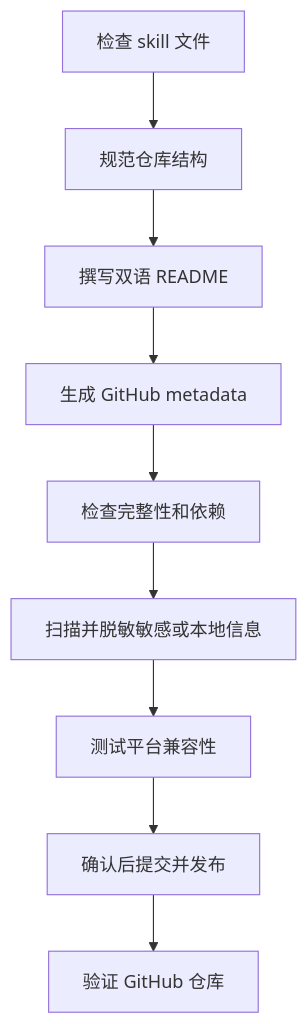
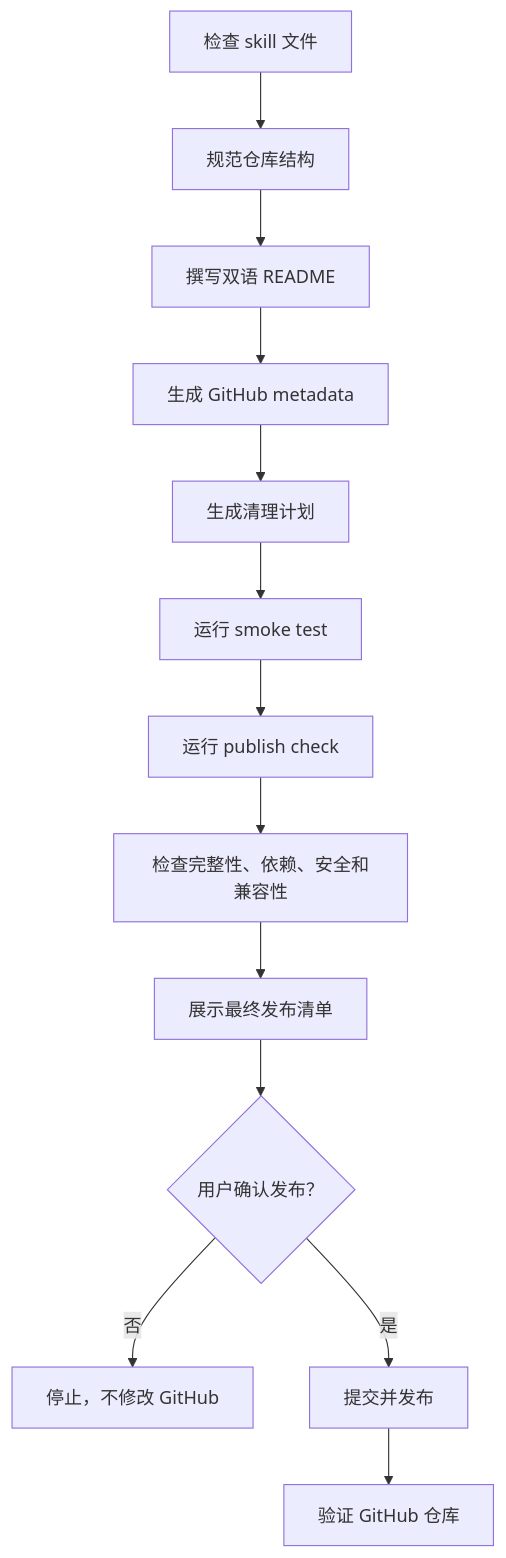
The diagram in README.zh.md (chemny/GitHub-skill-publisher), drawn with Mermaid before and after one commit. The commit also changed other lines of this file and 13 other files, not shown here.

````diff
--- a/README.zh.md
+++ b/README.zh.md
@@ -103,11 +103,15 @@
 ```mermaid
 flowchart TD
     A["检查 skill 文件"] --> B["规范仓库结构"]
     B --> C["撰写双语 README"]
     C --> D["生成 GitHub metadata"]
-    D --> E["检查完整性和依赖"]
-    E --> F["扫描并脱敏敏感或本地信息"]
-    F --> G["测试平台兼容性"]
-    G --> H["确认后提交并发布"]
-    H --> I["验证 GitHub 仓库"]
+    D --> E["生成清理计划"]
+    E --> F["运行 smoke test"]
+    F --> G["运行 publish check"]
+    G --> H["检查完整性、依赖、安全和兼容性"]
+    H --> I["展示最终发布清单"]
+    I --> J{"用户确认发布？"}
+    J -- "否" --> K["停止，不修改 GitHub"]
+    J -- "是" --> L["提交并发布"]
+    L --> M["验证 GitHub 仓库"]
 ```
````
